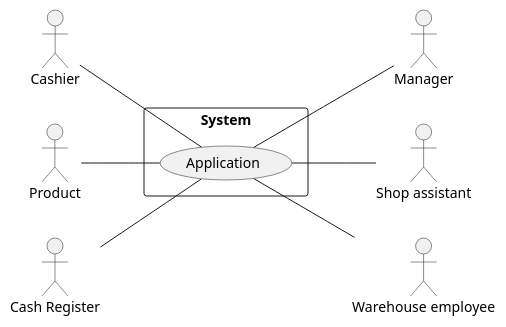
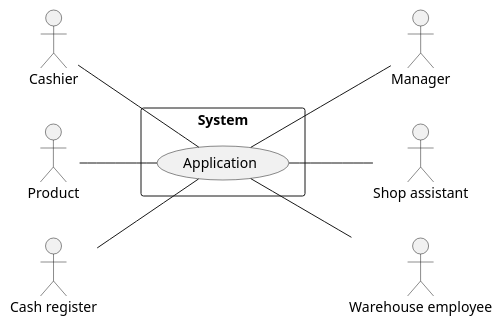
One commit to marco-ballario/EzShop changed the first of 3 diagrams in Deliverables/RequirementsDocument.md. Above: the diagram before and after it, drawn with PlantUML.

Commit message:
docs: fix small text error

````diff
--- a/Deliverables/RequirementsDocument.md
+++ b/Deliverables/RequirementsDocument.md
@@ -55,18 +55,18 @@
 ```plantuml
 left to right direction
 actor "Cashier" as C
 actor "Product" as P
-actor "Cash Register" as CR
+actor "Cash register" as CR
 actor "Manager" as M
 actor "Shop assistant" as SA
 actor "Warehouse employee" as WE
 rectangle System{
 	(Application) as SW
 	C -- SW
 	P -- SW
 	CR -- SW
 	SW -- WE
 	SW -- M
 	SW -- SA
 }
 ```
````
